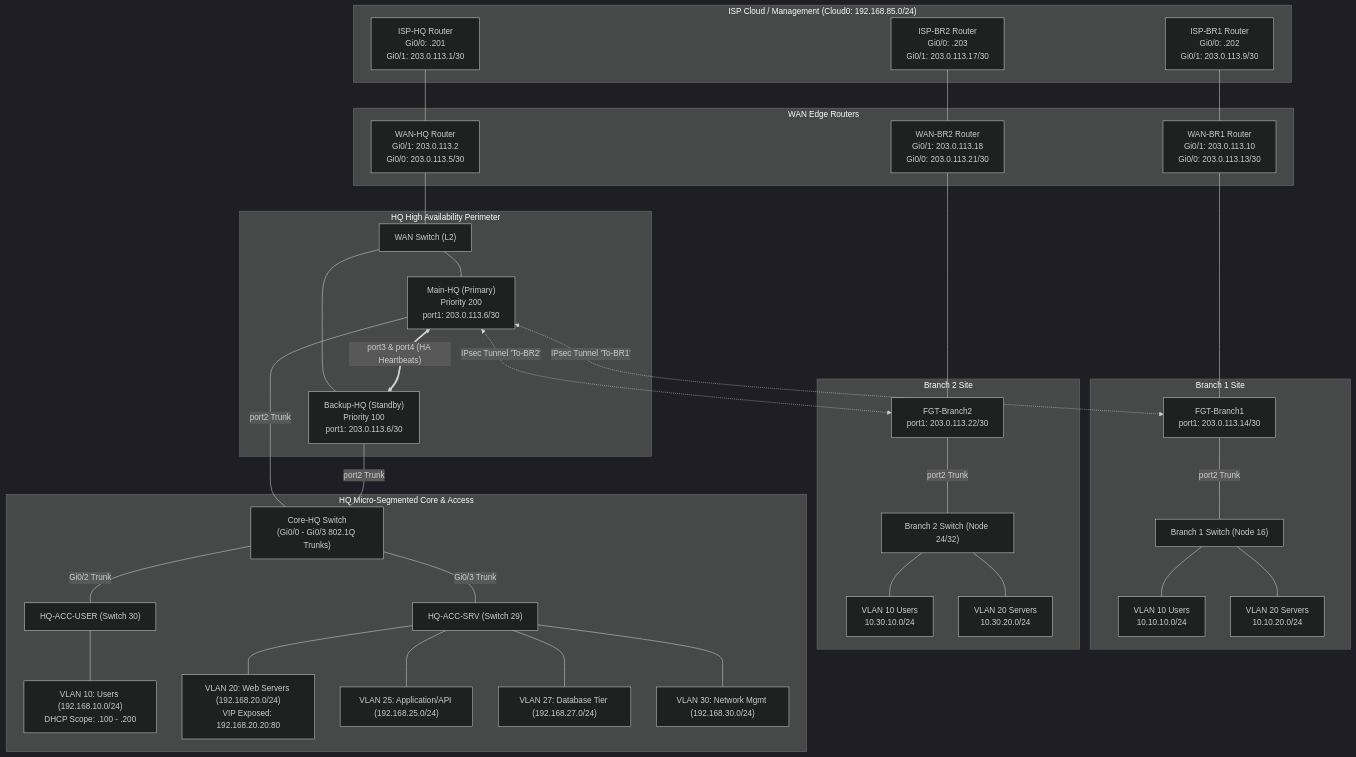
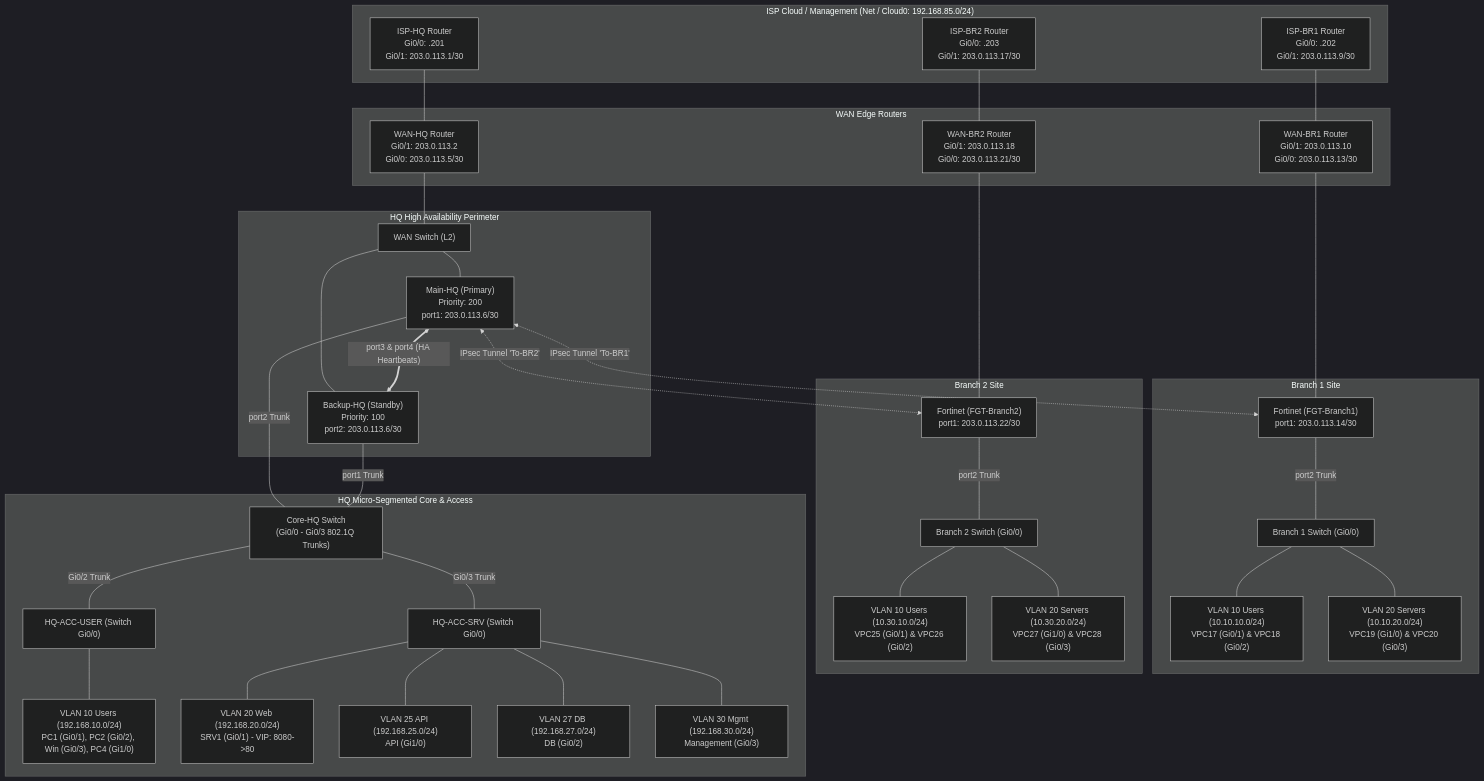
One commit to AmrFUE/Fortinet-Enterprise-Network-Security changed the first of 2 diagrams in README.md. Above: the diagram before and after it, drawn with Mermaid (dark theme). The commit also changed other lines of this file and 28 other files, not shown here.

````diff
--- a/README.md
+++ b/README.md
@@ -54,79 +57,79 @@
 ```mermaid
 flowchart TD
-    subgraph Management_Cloud ["ISP Cloud / Management (Cloud0: 192.168.85.0/24)"]
+    subgraph Management_Cloud ["ISP Cloud / Management (Net / Cloud0: 192.168.85.0/24)"]
         ISPHQ["ISP-HQ Router<br/>Gi0/0: .201<br/>Gi0/1: 203.0.113.1/30"]
         ISPBR1["ISP-BR1 Router<br/>Gi0/0: .202<br/>Gi0/1: 203.0.113.9/30"]
         ISPBR2["ISP-BR2 Router<br/>Gi0/0: .203<br/>Gi0/1: 203.0.113.17/30"]
     end
 
     subgraph WAN_Edge ["WAN Edge Routers"]
         WANHQ["WAN-HQ Router<br/>Gi0/1: 203.0.113.2<br/>Gi0/0: 203.0.113.5/30"]
         WANBR1["WAN-BR1 Router<br/>Gi0/1: 203.0.113.10<br/>Gi0/0: 203.0.113.13/30"]
         WANBR2["WAN-BR2 Router<br/>Gi0/1: 203.0.113.18<br/>Gi0/0: 203.0.113.21/30"]
     end
 
     ISPHQ --- WANHQ
     ISPBR1 --- WANBR1
     ISPBR2 --- WANBR2
 
     subgraph HQ_Perimeter ["HQ High Availability Perimeter"]
         WANSW["WAN Switch (L2)"]
         WANHQ --- WANSW
         
-        FW_MAIN["Main-HQ (Primary)<br/>Priority 200<br/>port1: 203.0.113.6/30"]
-        FW_BACKUP["Backup-HQ (Standby)<br/>Priority 100<br/>port1: 203.0.113.6/30"]
+        FW_MAIN["Main-HQ (Primary)<br/>Priority: 200<br/>port1: 203.0.113.6/30"]
+        FW_BACKUP["Backup-HQ (Standby)<br/>Priority: 100<br/>port2: 203.0.113.6/30"]
         
         WANSW --- FW_MAIN
         WANSW --- FW_BACKUP
         FW_MAIN <== "port3 & port4 (HA Heartbeats)" ==> FW_BACKUP
     end
 
     subgraph Branch1_Site ["Branch 1 Site"]
-        FGT_BR1["FGT-Branch1<br/>port1: 203.0.113.14/30"]
+        FGT_BR1["Fortinet (FGT-Branch1)<br/>port1: 203.0.113.14/30"]
         WANBR1 --- FGT_BR1
-        SW_BR1["Branch 1 Switch (Node 16)"]
+        SW_BR1["Branch 1 Switch (Gi0/0)"]
         FGT_BR1 ---|port2 Trunk| SW_BR1
-        BR1_Users["VLAN 10 Users<br/>10.10.10.0/24"]
-        BR1_Servers["VLAN 20 Servers<br/>10.10.20.0/24"]
+        BR1_Users["VLAN 10 Users (10.10.10.0/24)<br/>VPC17 (Gi0/1) & VPC18 (Gi0/2)"]
+        BR1_Servers["VLAN 20 Servers (10.10.20.0/24)<br/>VPC19 (Gi1/0) & VPC20 (Gi0/3)"]
         SW_BR1 --- BR1_Users
         SW_BR1 --- BR1_Servers
     end
 
     subgraph Branch2_Site ["Branch 2 Site"]
-        FGT_BR2["FGT-Branch2<br/>port1: 203.0.113.22/30"]
+        FGT_BR2["Fortinet (FGT-Branch2)<br/>port1: 203.0.113.22/30"]
         WANBR2 --- FGT_BR2
-        SW_BR2["Branch 2 Switch (Node 24/32)"]
+        SW_BR2["Branch 2 Switch (Gi0/0)"]
         FGT_BR2 ---|port2 Trunk| SW_BR2
-        BR2_Users["VLAN 10 Users<br/>10.30.10.0/24"]
-        BR2_Servers["VLAN 20 Servers<br/>10.30.20.0/24"]
+        BR2_Users["VLAN 10 Users (10.30.10.0/24)<br/>VPC25 (Gi0/1) & VPC26 (Gi0/2)"]
+        BR2_Servers["VLAN 20 Servers (10.30.20.0/24)<br/>VPC27 (Gi1/0) & VPC28 (Gi0/3)"]
         SW_BR2 --- BR2_Users
         SW_BR2 --- BR2_Servers
     end
 
     subgraph HQ_LAN ["HQ Micro-Segmented Core & Access"]
         CORE_HQ["Core-HQ Switch<br/>(Gi0/0 - Gi0/3 802.1Q Trunks)"]
         FW_MAIN ---|port2 Trunk| CORE_HQ
-        FW_BACKUP ---|port2 Trunk| CORE_HQ
+        FW_BACKUP ---|port1 Trunk| CORE_HQ
 
-        ACC_USER["HQ-ACC-USER (Switch 30)"]
-        ACC_SRV["HQ-ACC-SRV (Switch 29)"]
+        ACC_USER["HQ-ACC-USER (Switch Gi0/0)"]
+        ACC_SRV["HQ-ACC-SRV (Switch Gi0/0)"]
 
         CORE_HQ ---|Gi0/2 Trunk| ACC_USER
         CORE_HQ ---|Gi0/3 Trunk| ACC_SRV
 
-        VLAN10["VLAN 10: Users (192.168.10.0/24)<br/>DHCP Scope: .100 - .200"]
-        VLAN20["VLAN 20: Web Servers (192.168.20.0/24)<br/>VIP Exposed: 192.168.20.20:80"]
-        VLAN25["VLAN 25: Application/API (192.168.25.0/24)"]
-        VLAN27["VLAN 27: Database Tier (192.168.27.0/24)"]
-        VLAN30["VLAN 30: Network Mgmt (192.168.30.0/24)"]
+        VLAN10["VLAN 10 Users (192.168.10.0/24)<br/>PC1 (Gi0/1), PC2 (Gi0/2), Win (Gi0/3), PC4 (Gi1/0)"]
+        VLAN20["VLAN 20 Web (192.168.20.0/24)<br/>SRV1 (Gi0/1) - VIP: 8080->80"]
+        VLAN25["VLAN 25 API (192.168.25.0/24)<br/>API (Gi1/0)"]
+        VLAN27["VLAN 27 DB (192.168.27.0/24)<br/>DB (Gi0/2)"]
+        VLAN30["VLAN 30 Mgmt (192.168.30.0/24)<br/>Management (Gi0/3)"]
 
         ACC_USER --- VLAN10
         ACC_SRV --- VLAN20
         ACC_SRV --- VLAN25
         ACC_SRV --- VLAN27
         ACC_SRV --- VLAN30
     end
 
     FW_MAIN <-.->|"IPsec Tunnel 'To-BR1'"| FGT_BR1
     FW_MAIN <-.->|"IPsec Tunnel 'To-BR2'"| FGT_BR2
 ```
````
